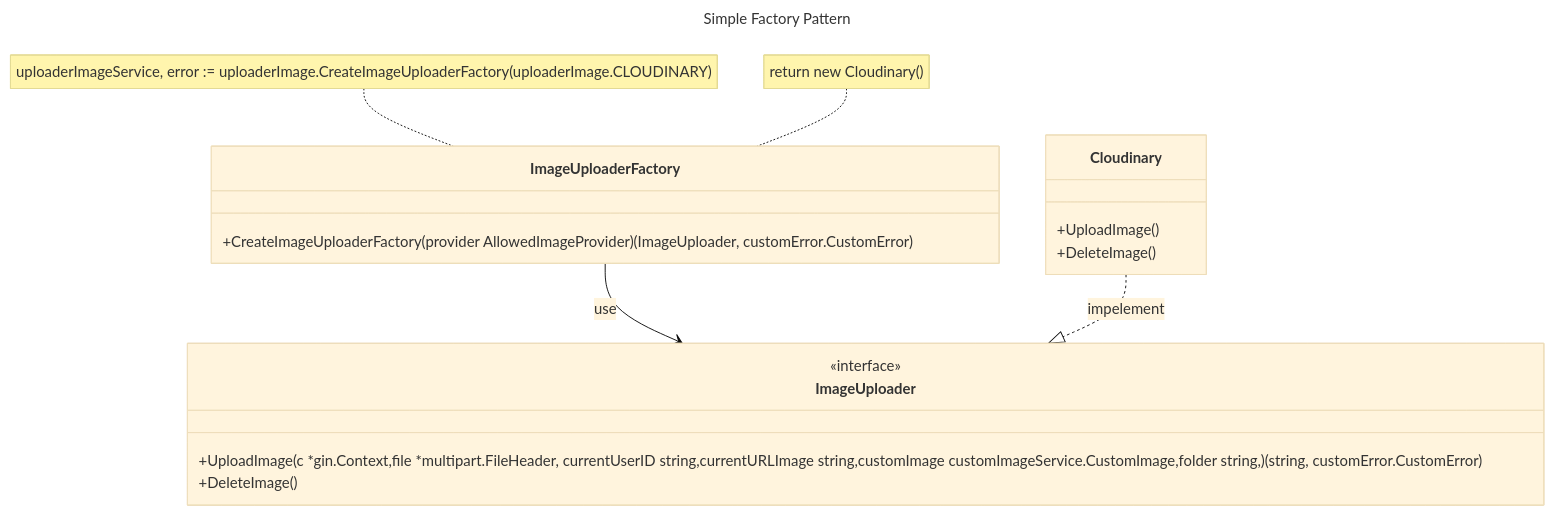
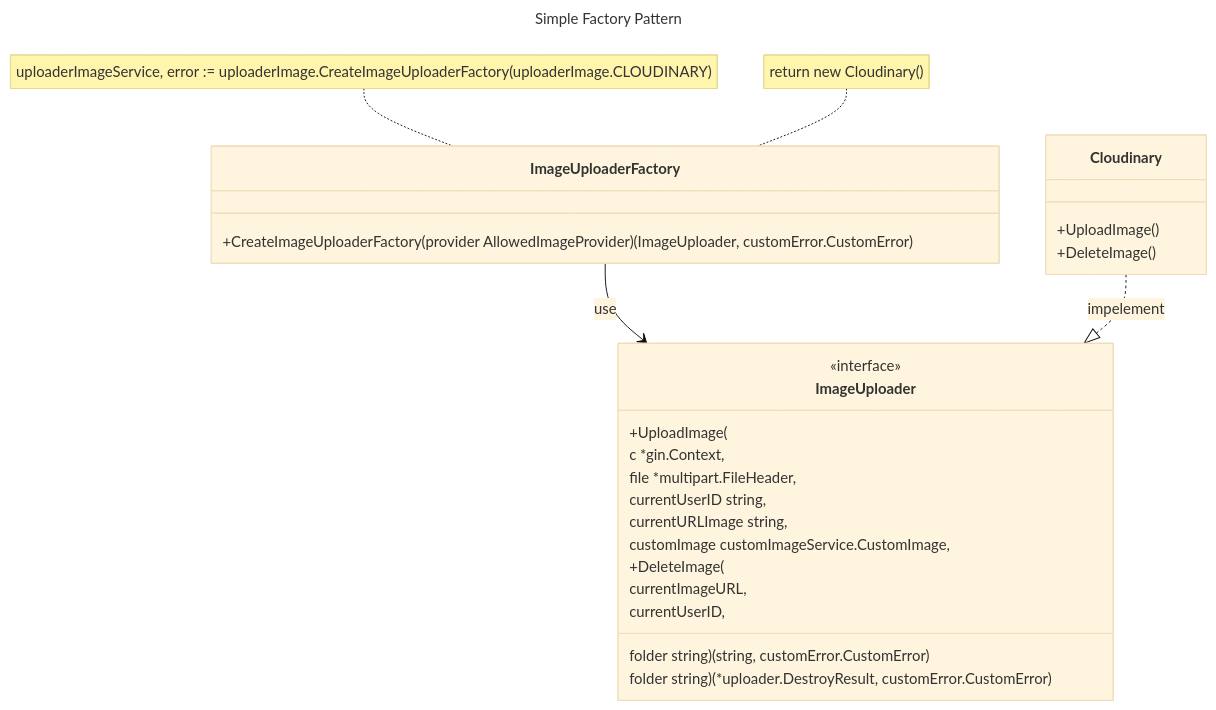
One commit to nahuelDev23/mermaid changed the second of 2 diagrams in readme.md. Above: the diagram before and after it, drawn with Mermaid (base theme).

````diff
--- a/readme.md
+++ b/readme.md
@@ -47,27 +47,36 @@
 ```mermaid
 ---
 title: Simple Factory Pattern
 ---
 classDiagram
 
  note for ImageUploaderFactory "uploaderImageService, error := uploaderImage.CreateImageUploaderFactory(uploaderImage.CLOUDINARY)"
   note for ImageUploaderFactory "return new Cloudinary()"
  class ImageUploaderFactory{
  +CreateImageUploaderFactory(provider AllowedImageProvider) (ImageUploader, customError.CustomError)
  }
  
   class ImageUploader{
-  +UploadImage(c *gin.Context,file *multipart.FileHeader, currentUserID string,currentURLImage string,customImage customImageService.CustomImage,folder string,) (string, customError.CustomError)
-  +DeleteImage()
+  +UploadImage(
+  c *gin.Context,
+  file *multipart.FileHeader,
+  currentUserID string,
+  currentURLImage string,
+  customImage customImageService.CustomImage,
+  folder string) (string, customError.CustomError)
+  +DeleteImage(
+  currentImageURL,
+		currentUserID,
+		folder string) (*uploader.DestroyResult, customError.CustomError)
  }
  <<interface>> ImageUploader
  
  ImageUploaderFactory --> ImageUploader : use
  
  class Cloudinary{
  +UploadImage()
   +DeleteImage()
  }  
  
  Cloudinary ..|> ImageUploader : impelement
  ```
````
